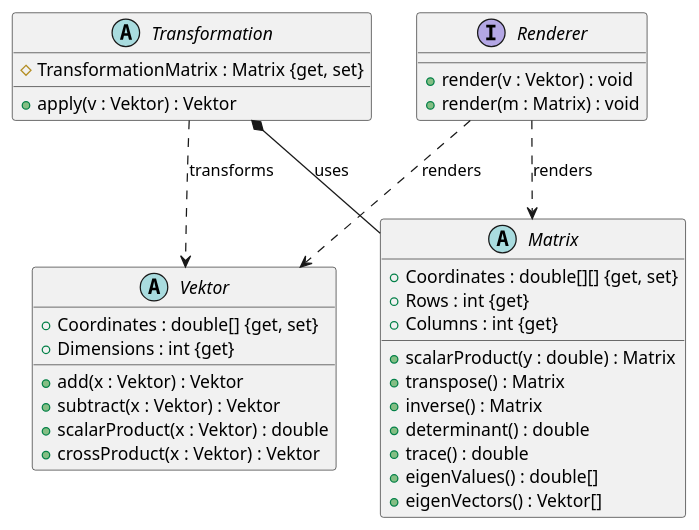
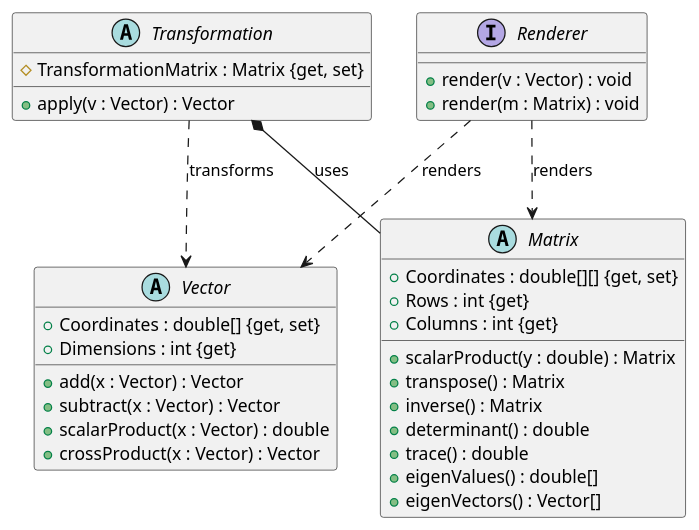
Before and after one commit to AyoubThemry/Eigenflow: the diagram in docs/classdiagram.puml, drawn with PlantUML. The commit also changed other lines of this file and 28 other files, not shown here.

```diff
--- a/docs/classdiagram.puml
+++ b/docs/classdiagram.puml
@@ -1,40 +1,40 @@
 @startuml
 
-abstract class Vektor {
+abstract class Vector {
   + Coordinates : double[] {get, set}
   + Dimensions : int {get}
-  + add(x : Vektor) : Vektor
-  + subtract(x : Vektor) : Vektor
-  + scalarProduct(x : Vektor) : double
-  + crossProduct(x : Vektor) : Vektor
+  + add(x : Vector) : Vector
+  + subtract(x : Vector) : Vector
+  + scalarProduct(x : Vector) : double
+  + crossProduct(x : Vector) : Vector
 }
 
 abstract class Matrix {
   + Coordinates : double[][] {get, set}
   + Rows : int {get}
   + Columns : int {get}
   + scalarProduct(y : double) : Matrix
   + transpose() : Matrix
   + inverse() : Matrix
   + determinant() : double
   + trace() : double
   + eigenValues() : double[]
-  + eigenVectors() : Vektor[]
+  + eigenVectors() : Vector[]
 }
 
 abstract class Transformation {
   # TransformationMatrix : Matrix {get, set}
-  + apply(v : Vektor) : Vektor
+  + apply(v : Vector) : Vector
 }
 
 interface Renderer {
-  + render(v : Vektor) : void
+  + render(v : Vector) : void
   + render(m : Matrix) : void
 }
 
 Transformation *-- Matrix : uses
-Transformation ..> Vektor : transforms
-Renderer ..> Vektor : renders
+Transformation ..> Vector : transforms
+Renderer ..> Vector : renders
 Renderer ..> Matrix : renders
 
 @enduml
```
